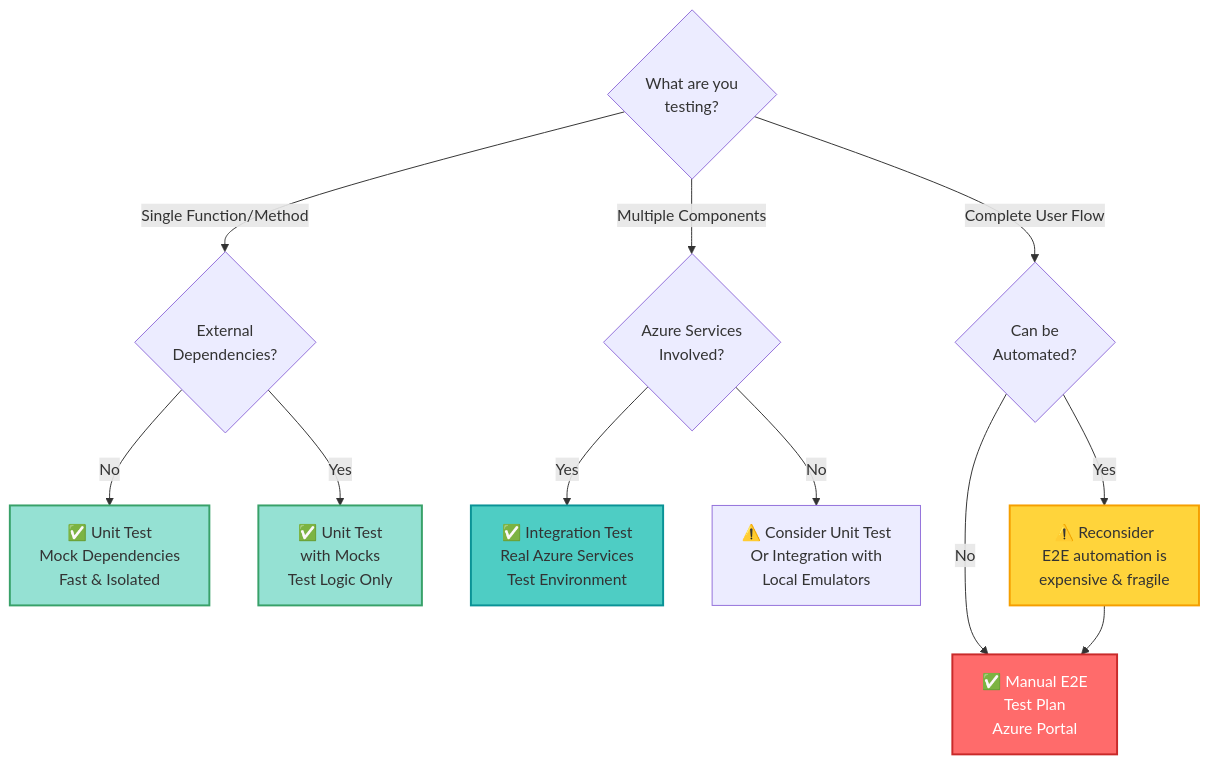
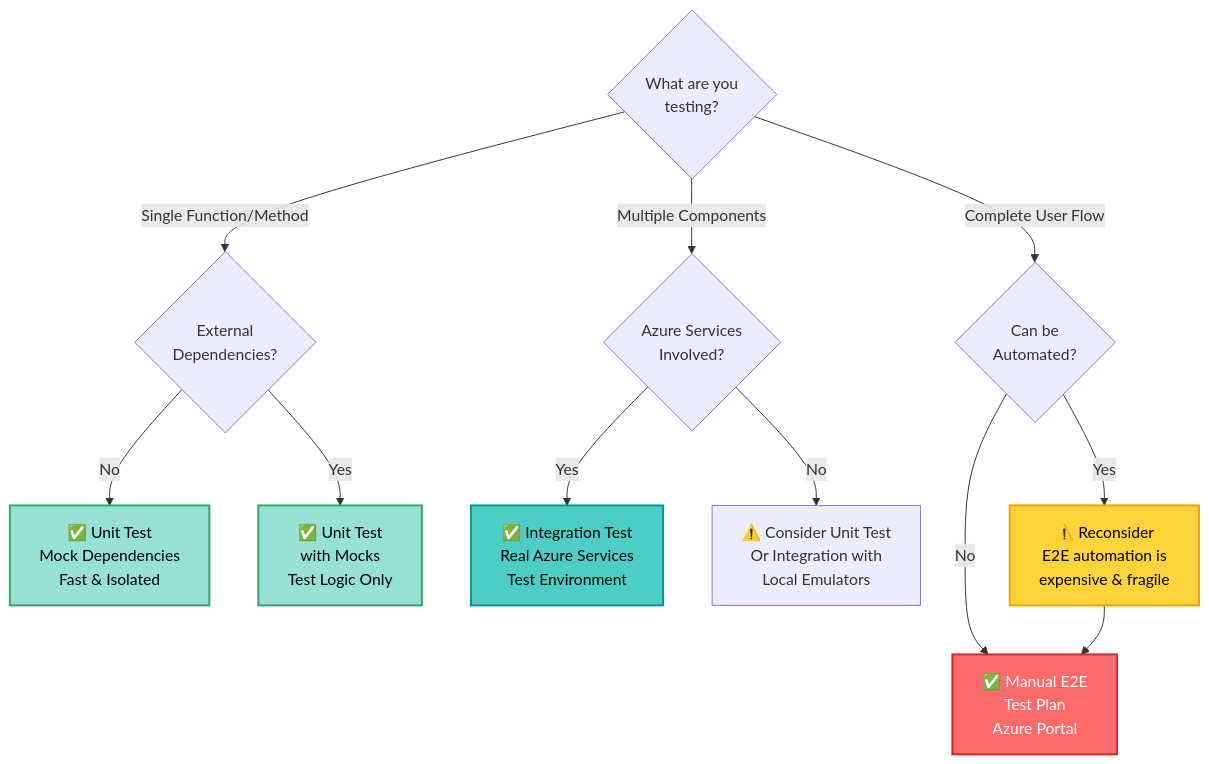
One commit to mojtaba-rezaei/testing-strategy changed the eighth of 8 diagrams in AUTOMATION_TESTING_STANDARD.md. Above: the diagram before and after it, drawn with Mermaid. The commit also changed other lines of this file and 1 other file, not shown here.

````diff
--- a/AUTOMATION_TESTING_STANDARD.md
+++ b/AUTOMATION_TESTING_STANDARD.md
@@ -411,23 +363,23 @@
 ```mermaid
 graph TD
     START{What are you<br/>testing?} -->|Single Function/Method| UNIT_Q{External<br/>Dependencies?}
     START -->|Multiple Components| INT_Q{Azure Services<br/>Involved?}
     START -->|Complete User Flow| E2E_Q{Can be<br/>Automated?}
-    
+
     UNIT_Q -->|No| UNIT[✅ Unit Test<br/>Mock Dependencies<br/>Fast & Isolated]
     UNIT_Q -->|Yes| UNIT_MOCK[✅ Unit Test<br/>with Mocks<br/>Test Logic Only]
-    
+
     INT_Q -->|Yes| INT_REAL[✅ Integration Test<br/>Real Azure Services<br/>Test Environment]
     INT_Q -->|No| INT_MOCK[⚠️ Consider Unit Test<br/>Or Integration with<br/>Local Emulators]
-    
+
     E2E_Q -->|No| E2E_MANUAL[✅ Manual E2E<br/>Test Plan<br/>Azure Portal]
     E2E_Q -->|Yes| E2E_WARNING[⚠️ Reconsider<br/>E2E automation is<br/>expensive & fragile]
-    
+
     E2E_WARNING --> E2E_MANUAL
-    
-    style UNIT fill:#95e1d3,stroke:#38a169,stroke-width:2px
-    style UNIT_MOCK fill:#95e1d3,stroke:#38a169,stroke-width:2px
-    style INT_REAL fill:#4ecdc4,stroke:#0a9396,stroke-width:2px
+
+    style UNIT fill:#95e1d3,stroke:#38a169,stroke-width:2px,color:#000
+    style UNIT_MOCK fill:#95e1d3,stroke:#38a169,stroke-width:2px,color:#000
+    style INT_REAL fill:#4ecdc4,stroke:#0a9396,stroke-width:2px,color:#000
     style E2E_MANUAL fill:#ff6b6b,stroke:#c92a2a,stroke-width:2px,color:#fff
-    style E2E_WARNING fill:#ffd43b,stroke:#f59f00,stroke-width:2px
+    style E2E_WARNING fill:#ffd43b,stroke:#f59f00,stroke-width:2px,color:#000
 ```
````
